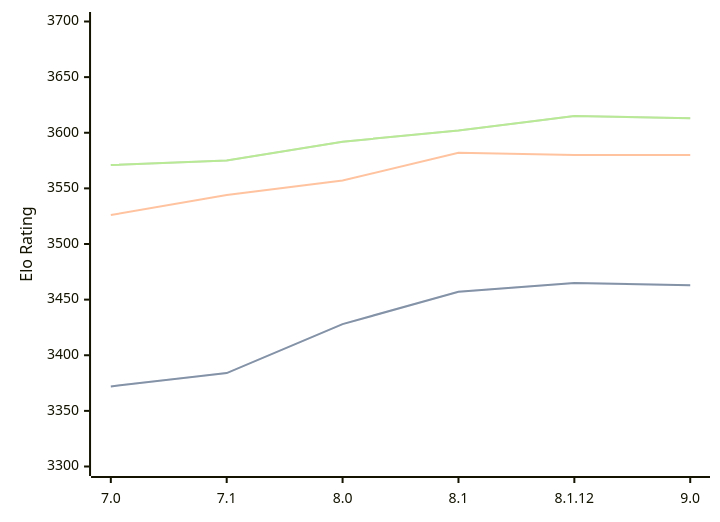
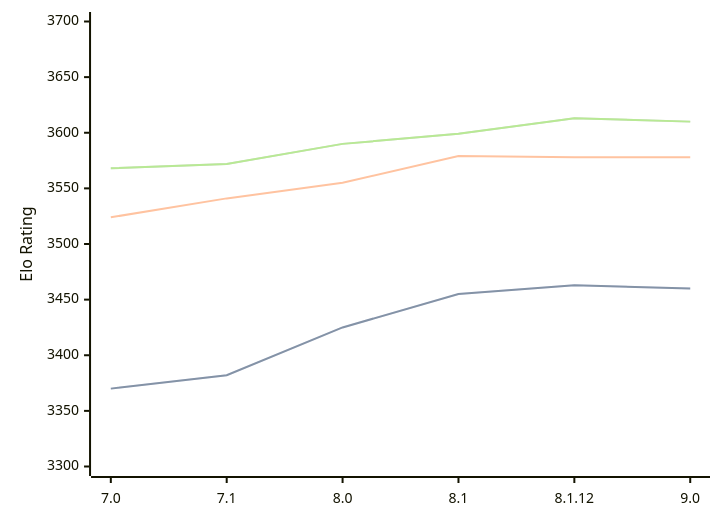
Before and after one commit to computer-chess-index/cci: the diagram in engines/Alexandria.md, drawn with Mermaid. The commit also changed other lines of this file, not shown here.

Commit message:
Update CCI Ratings (ELO VLTC) - 2026-04-23

````diff
--- a/engines/Alexandria.md
+++ b/engines/Alexandria.md
@@ -55,11 +55,11 @@
 ```mermaid
 %%{init: {"theme":"base","themeVariables":{"seriesColors:['#a3a3a3','#222221','#faa371']}}}%%
 xychart-beta
   x-axis ["7.0", "7.1", "8.0", "8.1", "8.1.12", "9.0"]
   y-axis "Elo Rating" 3300 --> 3700
-  line "STC (8.0+0.08s)" [3372, 3384, 3428, 3457, 3465, 3463]
-  line "STC (8.0+0.08s)" [3372, 3384, 3428, 3457, 3465, 3463]
-  line "LTC (60.0+0.60s)" [3526, 3544, 3557, 3582, 3580, 3580]
-  line "VLTC (2m24s+1.12s)" [3571, 3575, 3592, 3602, 3615, 3613]
-  line "VLTC (2m24s+1.12s)" [3571, 3575, 3592, 3602, 3615, 3613]
+  line "STC (8.0+0.08s)" [3370, 3382, 3425, 3455, 3463, 3460]
+  line "STC (8.0+0.08s)" [3370, 3382, 3425, 3455, 3463, 3460]
+  line "LTC (60.0+0.60s)" [3524, 3541, 3555, 3579, 3578, 3578]
+  line "VLTC (2m24s+1.12s)" [3568, 3572, 3590, 3599, 3613, 3610]
+  line "VLTC (2m24s+1.12s)" [3568, 3572, 3590, 3599, 3613, 3610]
 ```
````
